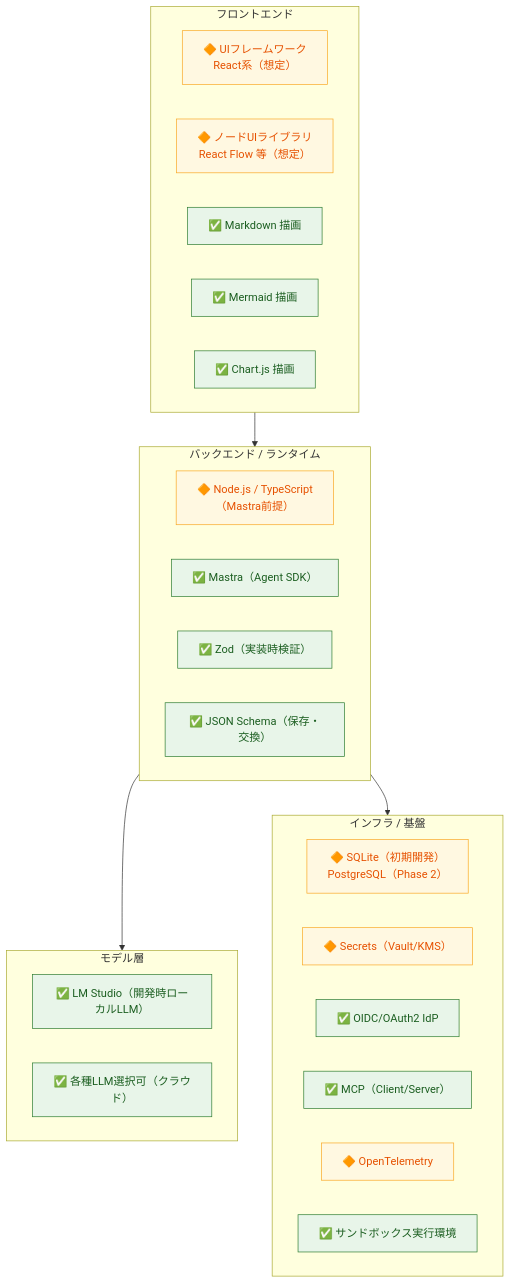
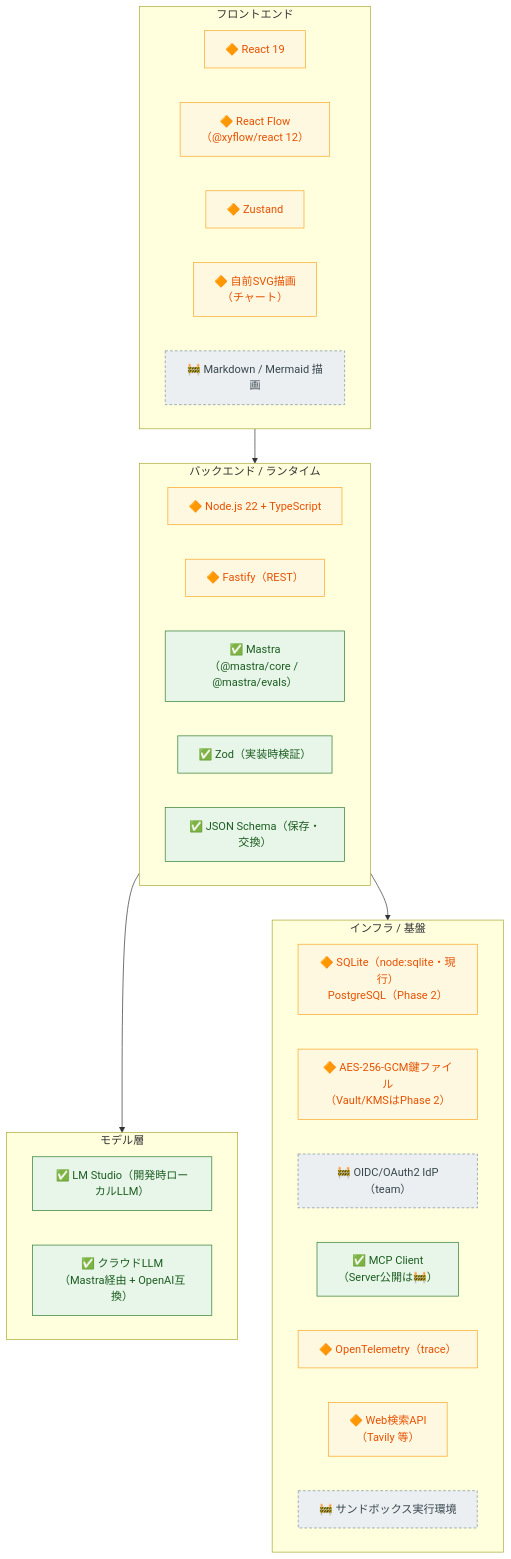
The first of 2 diagrams in docs/02-tech-stack.md (yy7613/agentblume), drawn with Mermaid before and after one commit. The commit also changed other lines of this file, not shown here.

````diff
--- a/docs/02-tech-stack.md
+++ b/docs/02-tech-stack.md
@@ -9,40 +11,44 @@
 ```mermaid
 flowchart TB
   subgraph FE["フロントエンド"]
-    UIFW["🔶 UIフレームワーク<br/>React系（想定）"]
-    FLOW["🔶 ノードUIライブラリ<br/>React Flow 等（想定）"]
-    MD["✅ Markdown 描画"]
-    MM["✅ Mermaid 描画"]
-    CHART["✅ Chart.js 描画"]
+    UIFW["🔶 React 19"]
+    FLOW["🔶 React Flow<br/>（@xyflow/react 12）"]
+    STATE["🔶 Zustand"]
+    SVG["🔶 自前SVG描画<br/>（チャート）"]
+    MD["🚧 Markdown / Mermaid 描画"]
   end
 
   subgraph BE["バックエンド / ランタイム"]
-    NODE["🔶 Node.js / TypeScript<br/>（Mastra前提）"]
-    MASTRA["✅ Mastra（Agent SDK）"]
+    NODE["🔶 Node.js 22 + TypeScript"]
+    API["🔶 Fastify（REST）"]
+    MASTRA["✅ Mastra<br/>（@mastra/core / @mastra/evals）"]
     VALID["✅ Zod（実装時検証）"]
     JSCH["✅ JSON Schema（保存・交換）"]
   end
 
   subgraph LLM["モデル層"]
     LMS["✅ LM Studio（開発時ローカルLLM）"]
-    CLOUD["✅ 各種LLM選択可（クラウド）"]
+    CLOUD["✅ クラウドLLM<br/>（Mastra経由 + OpenAI互換）"]
   end
 
   subgraph INFRA["インフラ / 基盤"]
-    DB["🔶 SQLite（初期開発）<br/>PostgreSQL（Phase 2）"]
-    SEC["🔶 Secrets（Vault/KMS）"]
-    OIDC["✅ OIDC/OAuth2 IdP"]
-    MCP["✅ MCP（Client/Server）"]
-    OTEL["🔶 OpenTelemetry"]
-    SANDBOX["✅ サンドボックス実行環境"]
+    DB["🔶 SQLite（node:sqlite・現行）<br/>PostgreSQL（Phase 2）"]
+    SEC["🔶 AES-256-GCM鍵ファイル<br/>（Vault/KMSはPhase 2）"]
+    OIDC["🚧 OIDC/OAuth2 IdP（team）"]
+    MCP["✅ MCP Client<br/>（Server公開は🚧）"]
+    OTEL["🔶 OpenTelemetry（trace）"]
+    SEARCH["🔶 Web検索API<br/>（Tavily 等）"]
+    SANDBOX["🚧 サンドボックス実行環境"]
   end
 
   FE --> BE
   BE --> LLM
   BE --> INFRA
 
   classDef stated fill:#e8f5e9,stroke:#2e7d32,color:#1b5e20;
   classDef adopted fill:#fff8e1,stroke:#f9a825,color:#e65100;
-  class MD,MM,CHART,MASTRA,VALID,JSCH,LMS,CLOUD,OIDC,MCP,SANDBOX stated;
-  class UIFW,FLOW,NODE,DB,SEC,OTEL adopted;
+  classDef planned fill:#eceff1,stroke:#78909c,color:#37474f,stroke-dasharray:4 3;
+  class MASTRA,VALID,JSCH,LMS,CLOUD,MCP stated;
+  class UIFW,FLOW,STATE,SVG,NODE,API,DB,SEC,OTEL,SEARCH adopted;
+  class MD,OIDC,SANDBOX planned;
 ```
````
